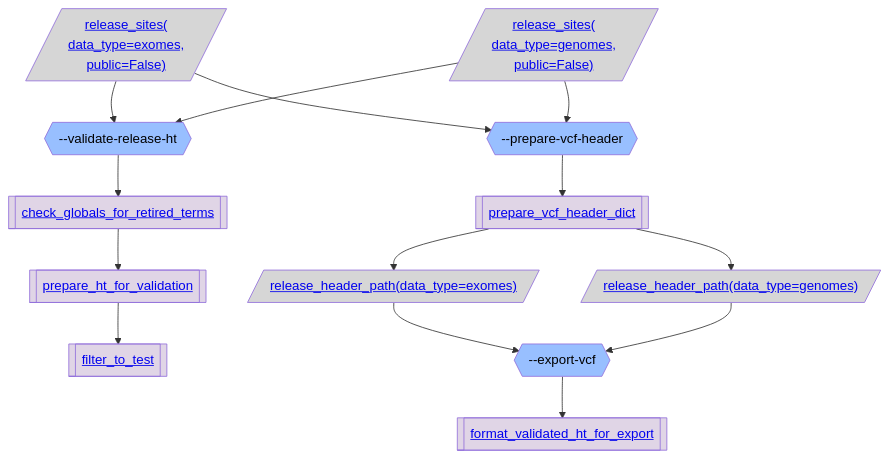
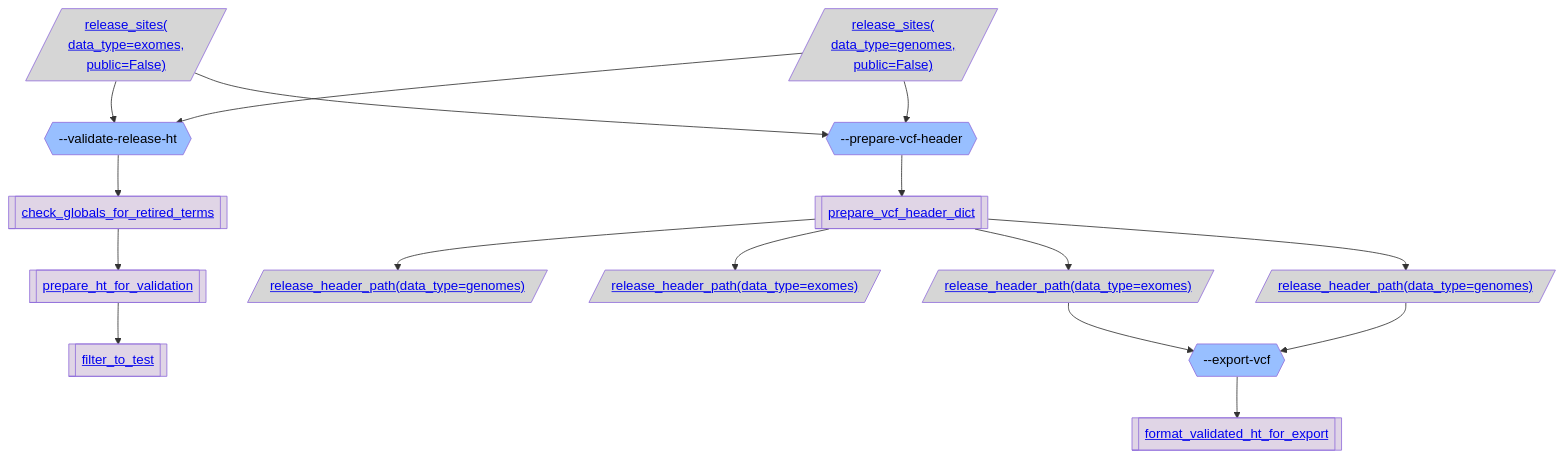
One commit to broadinstitute/gnomad_qc changed the third of 3 diagrams in gnomad_qc/v4/create_release/README.md. Above: the diagram before and after it, drawn with Mermaid. The commit also changed 3 other files, not shown here.

````diff
--- a/gnomad_qc/v4/create_release/README.md
+++ b/gnomad_qc/v4/create_release/README.md
@@ -110,40 +110,44 @@
 ```mermaid
 flowchart TB;
   classDef script_color fill:#2C5D4A,color:#000000
   classDef step_color fill:#98BFFF,color:#000000
   classDef func_color fill:#E0D5E6,color:#000000
   classDef gnomad_methods_color fill:#F9F2CE,color:#000000
   classDef hail_color fill:#FAEACE,color:#000000
   classDef resource_color fill:#D6D6D6,color:#000000
   classDef validity_check_color fill:#2C5D4A,color:#000000
 
   resource_release_sites_data_type_exomes_public_False[/"<a href='https://github.com/broadinstitute/gnomad_qc/tree/main/gnomad_qc/v4/resources/release.py#L172'>release_sites(
 data_type=exomes,
 public=False)</a>"/]:::resource_color;
   step_validate_release_ht{{"--validate-release-ht"}}:::step_color;
   func_check_globals_for_retired_terms[["<a href='https://github.com/broadinstitute/gnomad_qc/tree/main/gnomad_qc/v4/create_release/validate_and_export_vcf.py#L892'>check_globals_for_retired_terms</a>"]]:::func_color;
   func_prepare_ht_for_validation[["<a href='https://github.com/broadinstitute/gnomad_qc/tree/main/gnomad_qc/v4/create_release/validate_and_export_vcf.py#L481'>prepare_ht_for_validation</a>"]]:::func_color;
   func_filter_to_test[["<a href='https://github.com/broadinstitute/gnomad_qc/tree/main/gnomad_qc/v4/sample_qc/interval_qc.py#L92'>filter_to_test</a>"]]:::func_color;
   resource_release_sites_data_type_genomes_public_False[/"<a href='https://github.com/broadinstitute/gnomad_qc/tree/main/gnomad_qc/v4/resources/release.py#L172'>release_sites(
 data_type=genomes,
 public=False)</a>"/]:::resource_color;
   step_prepare_vcf_header{{"--prepare-vcf-header"}}:::step_color;
   func_prepare_vcf_header_dict[["<a href='https://github.com/broadinstitute/gnomad_qc/tree/main/gnomad_qc/v4/create_release/validate_and_export_vcf.py#L730'>prepare_vcf_header_dict</a>"]]:::func_color;
+  release_header_path_data_type_genomes[/"<a href='https://github.com/broadinstitute/gnomad_qc/tree/main/gnomad_qc/v4/resources/release.py#L229'>release_header_path(data_type=genomes)</a>"/]:::resource_color;
+  release_header_path_data_type_exomes[/"<a href='https://github.com/broadinstitute/gnomad_qc/tree/main/gnomad_qc/v4/resources/release.py#L229'>release_header_path(data_type=exomes)</a>"/]:::resource_color;
   resource_release_header_path_data_type_exomes[/"<a href='https://github.com/broadinstitute/gnomad_qc/tree/main/gnomad_qc/v4/resources/release.py#L229'>release_header_path(data_type=exomes)</a>"/]:::resource_color;
   step_export_vcf{{"--export-vcf"}}:::step_color;
   func_format_validated_ht_for_export[["<a href='https://github.com/broadinstitute/gnomad_qc/tree/main/gnomad_qc/v4/create_release/validate_and_export_vcf.py#L808'>format_validated_ht_for_export</a>"]]:::func_color;
   resource_release_header_path_data_type_genomes[/"<a href='https://github.com/broadinstitute/gnomad_qc/tree/main/gnomad_qc/v4/resources/release.py#L229'>release_header_path(data_type=genomes)</a>"/]:::resource_color;
   resource_release_sites_data_type_exomes_public_False --> step_validate_release_ht;
   step_validate_release_ht --> func_check_globals_for_retired_terms;
   func_check_globals_for_retired_terms --> func_prepare_ht_for_validation;
   func_prepare_ht_for_validation --> func_filter_to_test;
   resource_release_sites_data_type_genomes_public_False --> step_validate_release_ht;
   resource_release_sites_data_type_exomes_public_False --> step_prepare_vcf_header;
   step_prepare_vcf_header --> func_prepare_vcf_header_dict;
+  func_prepare_vcf_header_dict --> release_header_path_data_type_genomes;
+  func_prepare_vcf_header_dict --> release_header_path_data_type_exomes;
   resource_release_sites_data_type_genomes_public_False --> step_prepare_vcf_header;
   func_prepare_vcf_header_dict --> resource_release_header_path_data_type_exomes;
   resource_release_header_path_data_type_exomes --> step_export_vcf;
   step_export_vcf --> func_format_validated_ht_for_export;
   func_prepare_vcf_header_dict --> resource_release_header_path_data_type_genomes;
   resource_release_header_path_data_type_genomes --> step_export_vcf;
 ```
````
